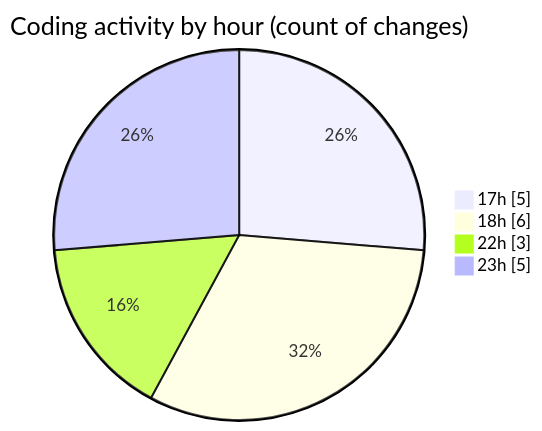
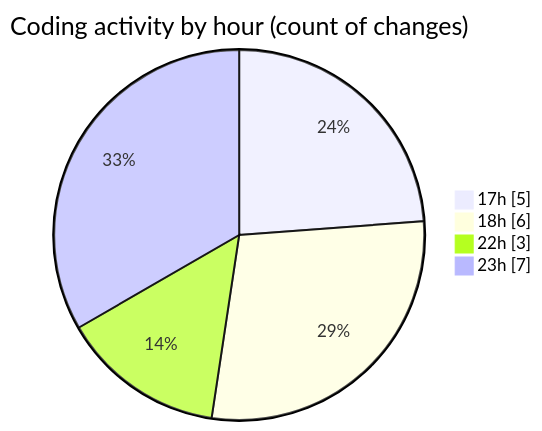
One commit to donsfak/code-tracking changed the second of 2 diagrams in 2025-02-07/portofolio/README.md. Above: the diagram before and after it, drawn with Mermaid. The commit also changed other lines of this file and 1 other file, not shown here.

````diff
--- a/2025-02-07/portofolio/README.md
+++ b/2025-02-07/portofolio/README.md
@@ -30,8 +30,8 @@
 ```mermaid
 pie showData
 title Coding activity by hour (count of changes)
 "17h" : 5
 "18h" : 6
 "22h" : 3
-"23h" : 5
+"23h" : 7
 ```
````
